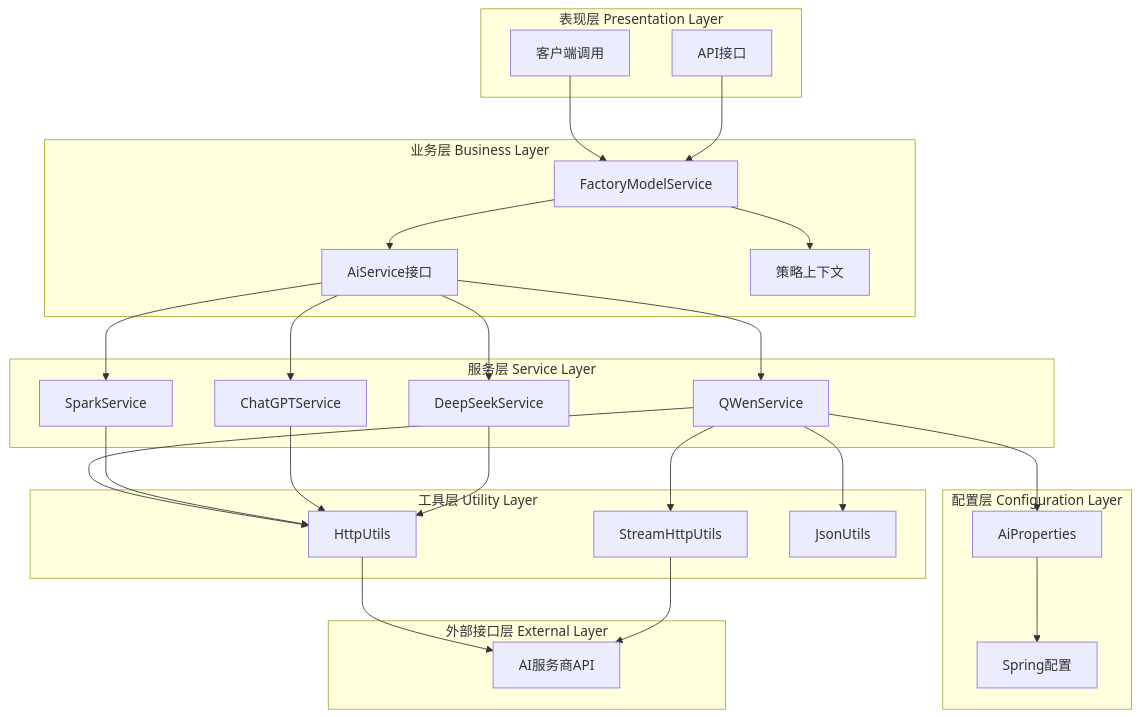
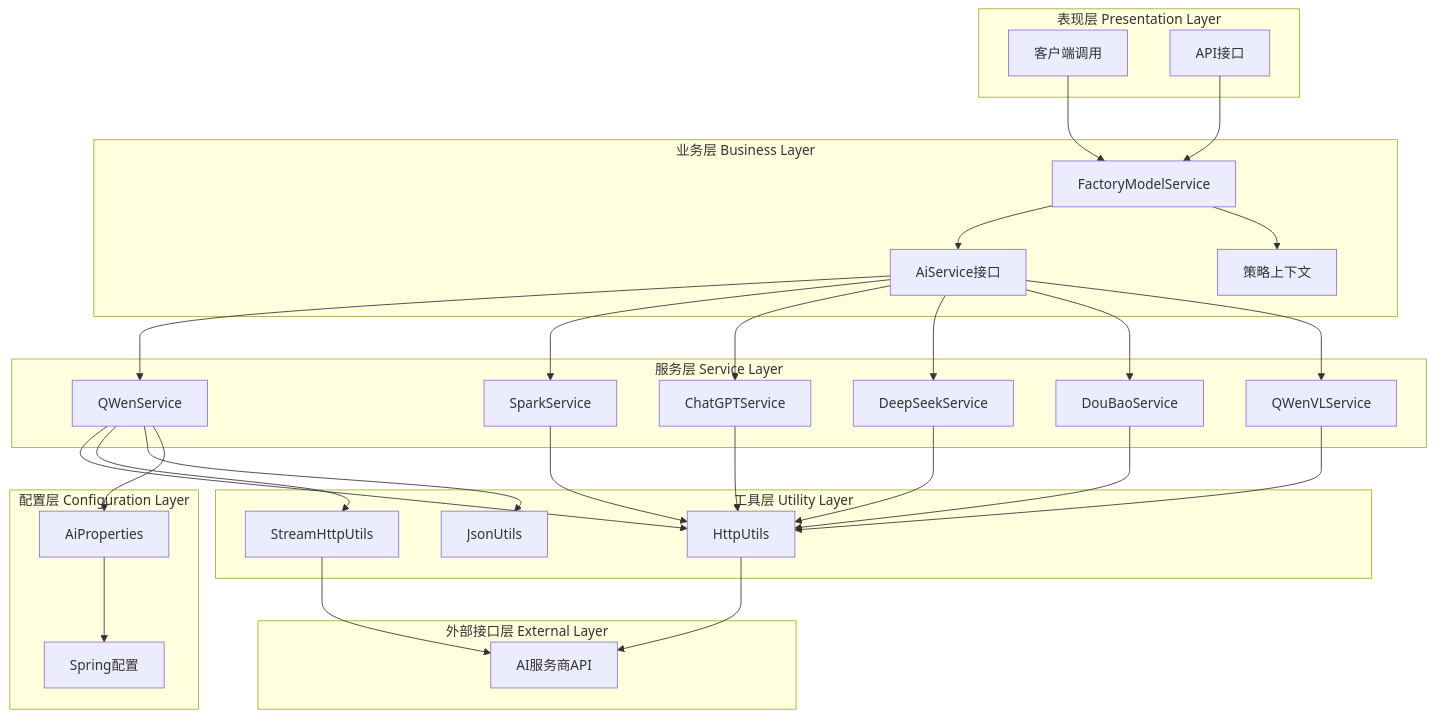
One commit to jeesoul/jeesoul-ai-model changed the diagram in img/layered-architecture.md. Above: the diagram before and after it, drawn with Mermaid. The commit also changed 6 other files, not shown here.

````diff
--- a/img/layered-architecture.md
+++ b/img/layered-architecture.md
@@ -1,54 +1,60 @@
 ```mermaid
 graph TB
     subgraph "表现层 Presentation Layer"
         P1["客户端调用"]
         P2["API接口"]
     end
     
     subgraph "业务层 Business Layer"
         B1["FactoryModelService"]
         B2["AiService接口"]
         B3["策略上下文"]
     end
     
     subgraph "服务层 Service Layer"
         S1["QWenService"]
         S2["SparkService"]
         S3["ChatGPTService"]
         S4["DeepSeekService"]
+        S5["DouBaoService"]
+        S6["QWenVLService"]
     end
     
     subgraph "工具层 Utility Layer"
         U1["HttpUtils"]
         U2["StreamHttpUtils"]
         U3["JsonUtils"]
     end
     
     subgraph "配置层 Configuration Layer"
         C1["AiProperties"]
         C2["Spring配置"]
     end
     
     subgraph "外部接口层 External Layer"
         E1["AI服务商API"]
     end
     
     P1 --> B1
     P2 --> B1
     B1 --> B2
     B1 --> B3
     B2 --> S1
     B2 --> S2
     B2 --> S3
     B2 --> S4
+    B2 --> S5
+    B2 --> S6
     S1 --> U1
     S1 --> U2
     S1 --> U3
     S1 --> C1
     S2 --> U1
     S3 --> U1
     S4 --> U1
+    S5 --> U1
+    S6 --> U1
     C1 --> C2
     U1 --> E1
     U2 --> E1
 ``` 
````
